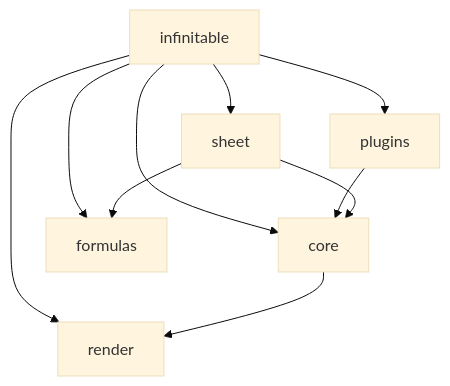
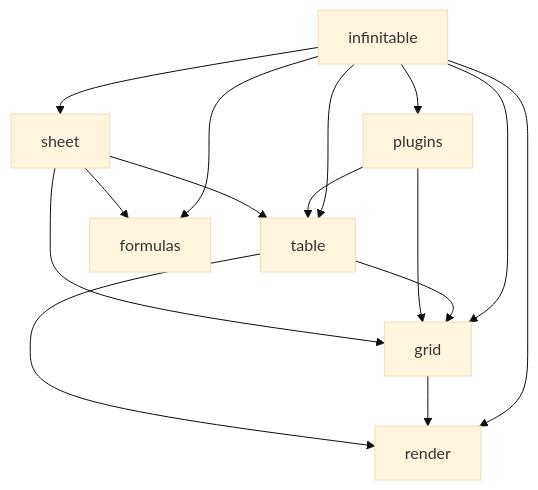
The second of 2 diagrams in website/guide/architecture.md (cabinet-fe/infinite-table), drawn with Mermaid (base theme) before and after one commit. The commit also changed other lines of this file and 70 other files, not shown here.

First line of the commit message:
refactor(consume)!: 消费面迁至 grid+table 并落引擎装配协议

````diff
--- a/website/guide/architecture.md
+++ b/website/guide/architecture.md
@@ -63,12 +64,17 @@
 ```mermaid
 graph TD
   infinitable --> render
-  infinitable --> core
+  infinitable --> grid
+  infinitable --> table
   infinitable --> formulas
   infinitable --> plugins
   infinitable --> sheet
-  core --> render
-  plugins --> core
-  sheet --> core
+  grid --> render
+  table --> grid
+  table --> render
+  plugins --> table
+  plugins --> grid
+  sheet --> table
+  sheet --> grid
   sheet --> formulas
 ```
````
